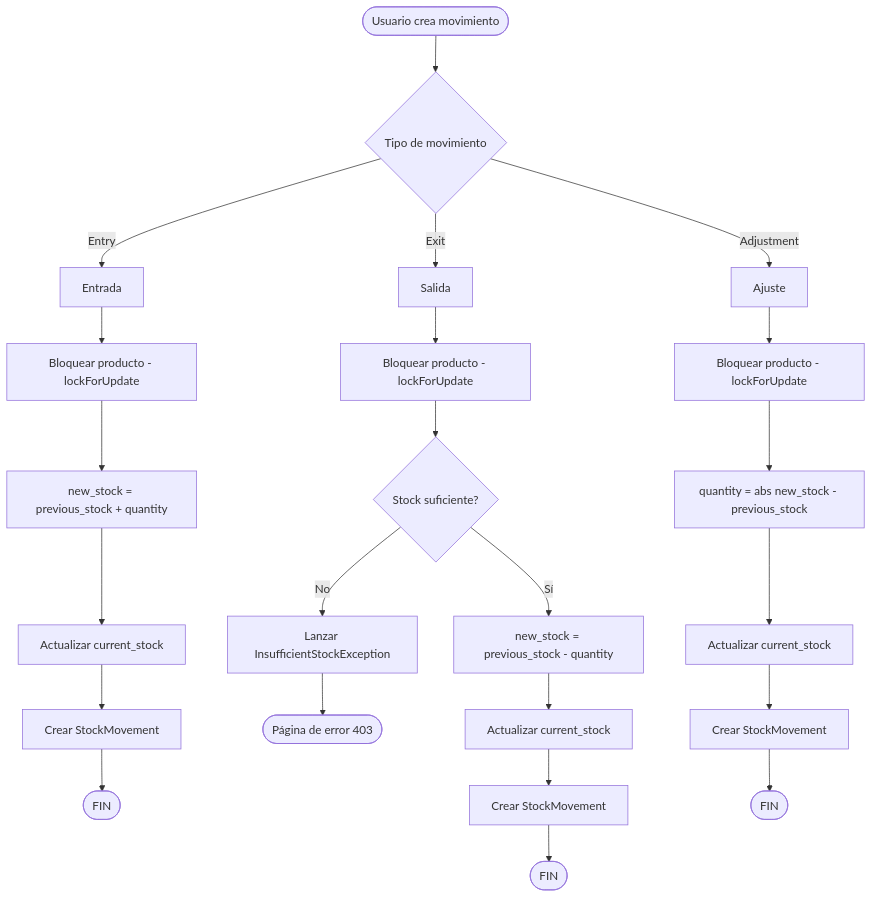
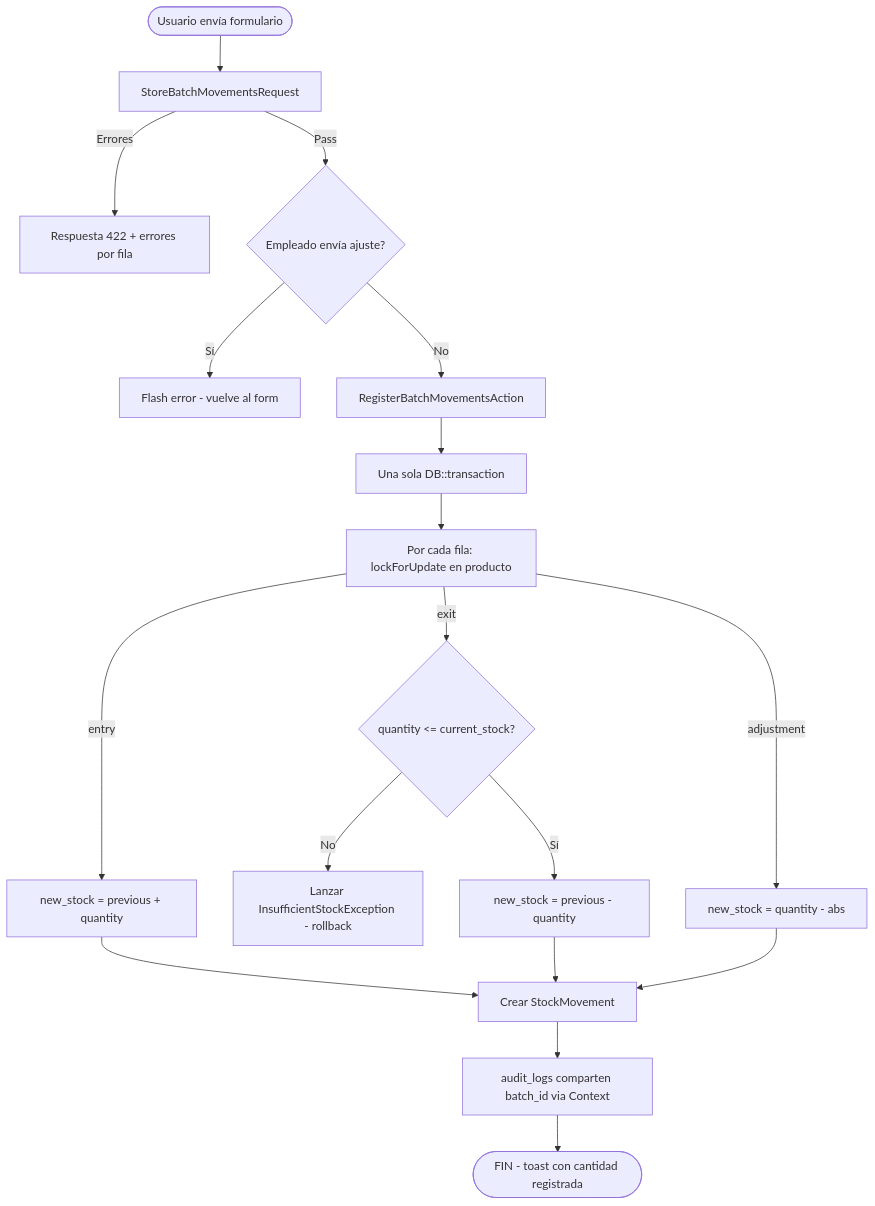
One commit to Enrrill/Inventario-Crud changed the first of 2 diagrams in docs/03-flujo-stock.md. Above: the diagram before and after it, drawn with Mermaid. The commit also changed other lines of this file and 15 other files, not shown here.

First line of the commit message:
docs: actualizar documentación, reglas IA y fix InsufficientStockException

````diff
--- a/docs/03-flujo-stock.md
+++ b/docs/03-flujo-stock.md
@@ -9,28 +9,24 @@
 ```mermaid
 flowchart TD
-    Start([Usuario crea movimiento]) --> SelectType{Tipo de movimiento}
-    SelectType -->|Entry| Entry[Entrada]
-    SelectType -->|Exit| Exit[Salida]
-    SelectType -->|Adjustment| Adj[Ajuste]
+    Start([Usuario envía formulario]) --> Validate[StoreBatchMovementsRequest]
+    Validate -->|Errores| Errors[Respuesta 422 + errores por fila]
+    Validate -->|Pass| EmployeeCheck{Empleado envía ajuste?}
+    EmployeeCheck -->|Sí| Deny403[Flash error - vuelve al form]
+    EmployeeCheck -->|No| Batch[RegisterBatchMovementsAction]
 
-    Entry --> LockDB1[Bloquear producto - lockForUpdate]
-    LockDB1 --> CalcEntry[new_stock = previous_stock + quantity]
-    CalcEntry --> UpdateEntry[Actualizar current_stock]
-    UpdateEntry --> CreateEntry[Crear StockMovement]
-    CreateEntry --> Done1([FIN])
+    Batch --> Tx[Una sola DB::transaction]
+    Tx --> PerRow[Por cada fila: lockForUpdate en producto]
 
-    Exit --> LockDB2[Bloquear producto - lockForUpdate]
-    LockDB2 --> CheckStock{Stock suficiente?}
-    CheckStock -->|No| ThrowErr[Lanzar InsufficientStockException]
-    ThrowErr --> ErrorPage([Página de error 403])
-    CheckStock -->|Sí| CalcExit[new_stock = previous_stock - quantity]
-    CalcExit --> UpdateExit[Actualizar current_stock]
-    UpdateExit --> CreateExit[Crear StockMovement]
-    CreateExit --> Done2([FIN])
+    PerRow -->|entry| Entry[new_stock = previous + quantity]
+    PerRow -->|exit| Exit{quantity <= current_stock?}
+    PerRow -->|adjustment| Adj[new_stock = quantity - abs]
 
-    Adj --> LockDB3[Bloquear producto - lockForUpdate]
-    LockDB3 --> CalcAdj[quantity = abs new_stock - previous_stock]
-    CalcAdj --> UpdateAdj[Actualizar current_stock]
-    UpdateAdj --> CreateAdj[Crear StockMovement]
-    CreateAdj --> Done3([FIN])
+    Exit -->|No| ThrowErr[Lanzar InsufficientStockException - rollback]
+    Exit -->|Sí| ExitCalc[new_stock = previous - quantity]
+    ExitCalc --> Create[Crear StockMovement]
+    Entry --> Create
+    Adj --> Create
+
+    Create --> Ctx[audit_logs comparten batch_id via Context]
+    Ctx --> Done([FIN - toast con cantidad registrada])
 ```
````
